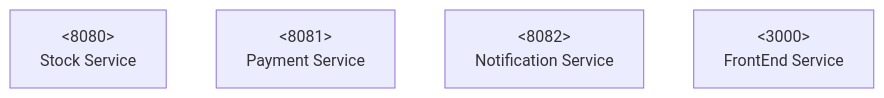
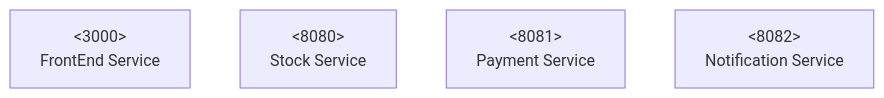
Before and after one commit to carlospatinos/stock-application: the diagram in README.md, drawn with Mermaid. The commit also changed other lines of this file and 40 other files, not shown here.

````diff
--- a/README.md
+++ b/README.md
@@ -25,14 +25,14 @@
 ```mermaid
 flowchart
+    frontendService["`<3000>
+    FrontEnd Service`"]
+
     stockService["`<8080>
     Stock Service`"]
     
     paymentService["`<8081>
     Payment Service`"]
     
     notificationService["`<8082>
     Notification Service`"]
-
-    frontendService["`<3000>
-    FrontEnd Service`"]
 ```
````
